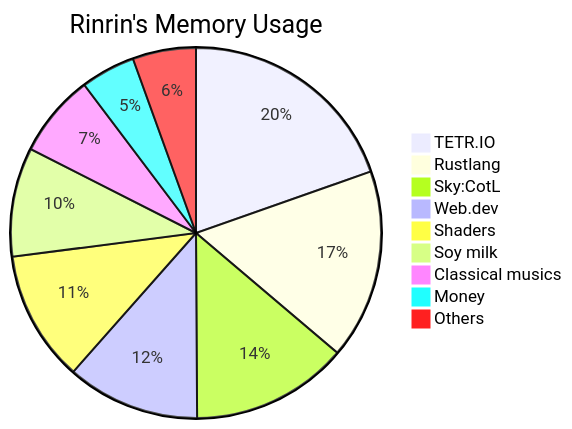
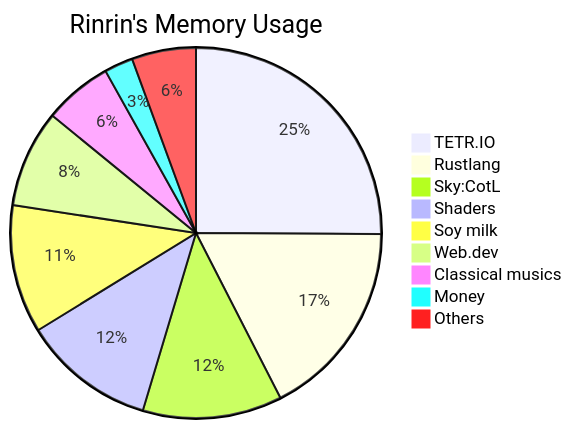
The diagram in README.md (Rinrin0413/Rinrin0413), drawn with Mermaid before and after one commit.

Commit message:
Update:Rinrin's Memory Usage

````diff
--- a/README.md
+++ b/README.md
@@ -74,12 +74,12 @@
 ```mermaid
 pie title Rinrin's Memory Usage
-    "TETR.IO": 103
-    "Rustlang": 87
-    "Sky:CotL": 72
-    "Web.dev": 61
+    "TETR.IO": 130
+    "Rustlang": 90
+    "Sky:CotL": 63
     "Shaders": 60
-    "Soy milk": 50
-    "Classical musics": 38
-    "Money": 25
+    "Soy milk": 58
+    "Web.dev": 44
+    "Classical musics": 31
+    "Money": 13
     "Others": 29
 ```
````
